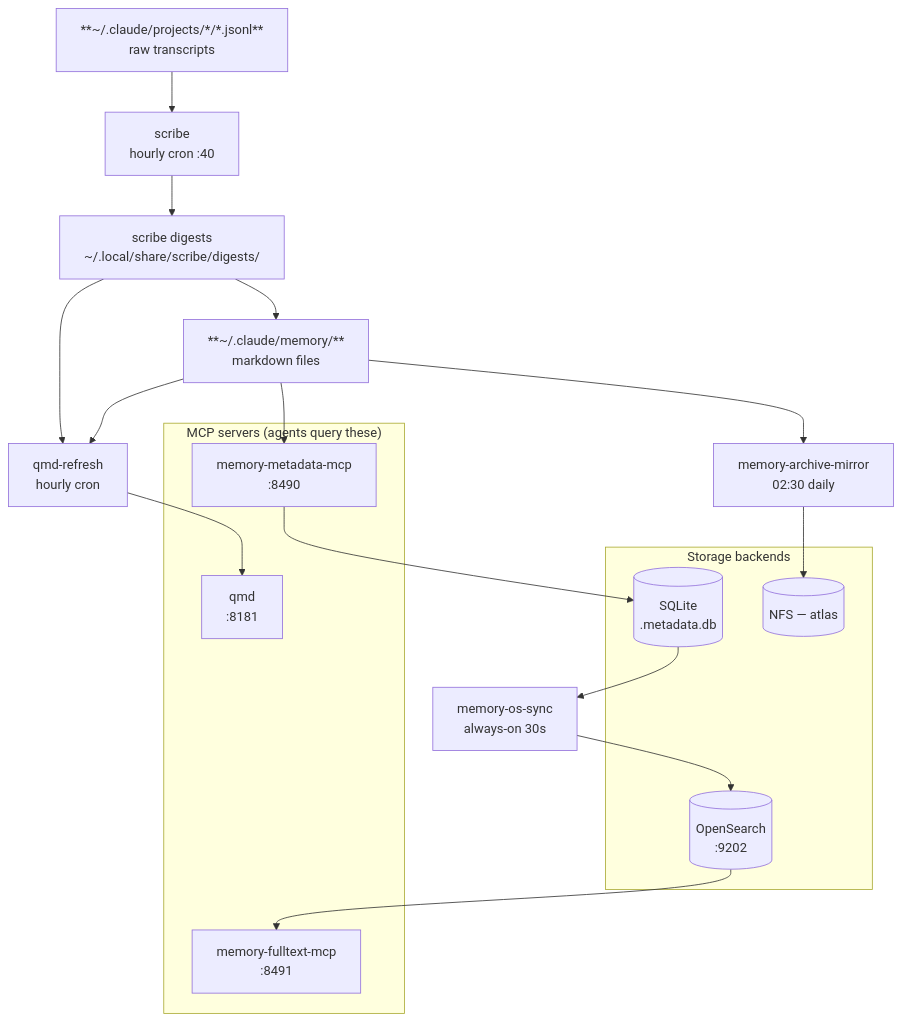
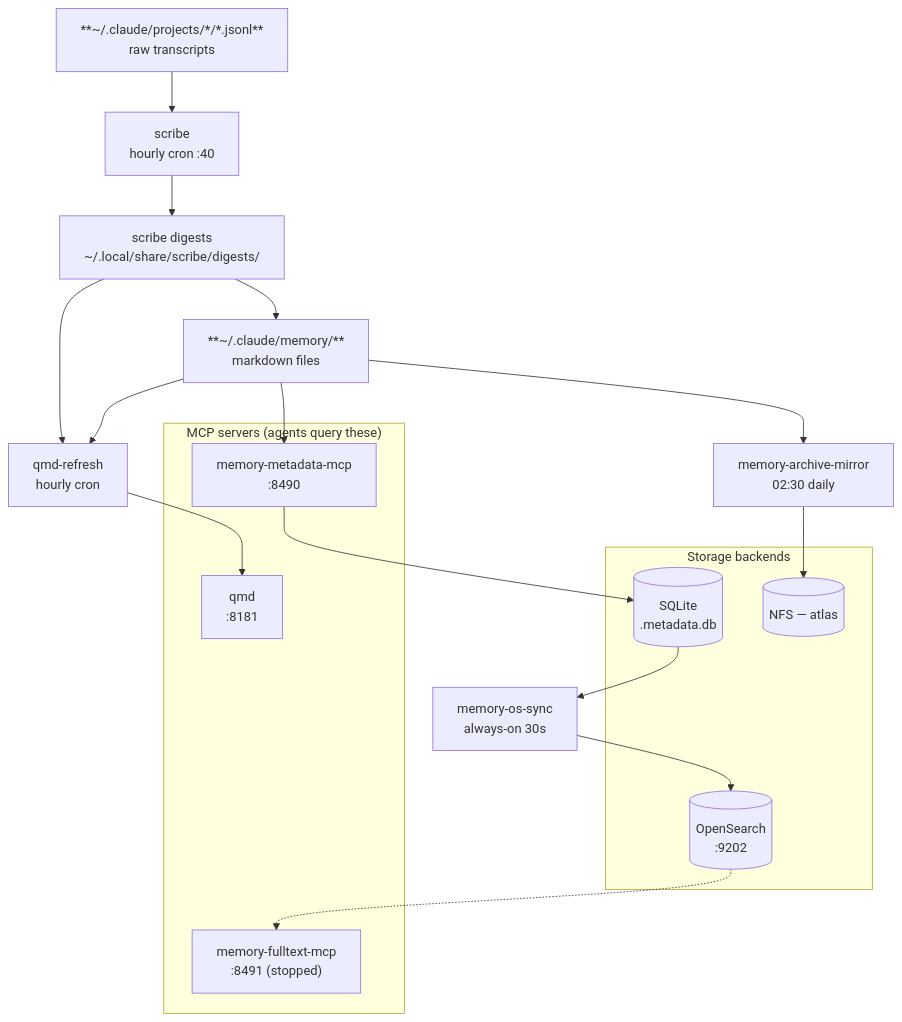
One commit to TadMSTR/homelab-agent changed the second of 2 diagrams in docs/components/memory/memory-services.md. Above: the diagram before and after it, drawn with Mermaid. The commit also changed other lines of this file and 7 other files, not shown here.

First line of the commit message:
docs(memory): mark memory-fulltext-mcp stopped, pending retirement

````diff
--- a/docs/components/memory/memory-services.md
+++ b/docs/components/memory/memory-services.md
@@ -139,34 +151,34 @@
 ```mermaid
 flowchart TD
     transcripts["**~/.claude/projects/*/*.jsonl**\nraw transcripts"]
     files["**~/.claude/memory/**\nmarkdown files"]
 
     transcripts --> scribe["scribe\nhourly cron :40"]
     scribe --> digests["scribe digests\n~/.local/share/scribe/digests/"]
     digests --> files
 
     files --> qmd_refresh["qmd-refresh\nhourly cron"]
     digests --> qmd_refresh
     qmd_refresh --> qmd_svc["qmd\n:8181"]
 
     files --> meta_mcp["memory-metadata-mcp\n:8490"]
     meta_mcp --> sqlite[("SQLite\n.metadata.db")]
     sqlite --> os_sync["memory-os-sync\nalways-on 30s"]
     os_sync --> opensearch[("OpenSearch\n:9202")]
-    opensearch --> search_mcp["memory-fulltext-mcp\n:8491"]
+    opensearch -.-> search_mcp["memory-fulltext-mcp\n:8491 (stopped)"]
 
     files --> archive["memory-archive-mirror\n02:30 daily"]
     archive --> nfs[("NFS — atlas\n<nas-ip>")]
 
     subgraph "MCP servers (agents query these)"
         qmd_svc
         meta_mcp
         search_mcp
     end
 
     subgraph "Storage backends"
         sqlite
         opensearch
         nfs
     end
 ```
````
